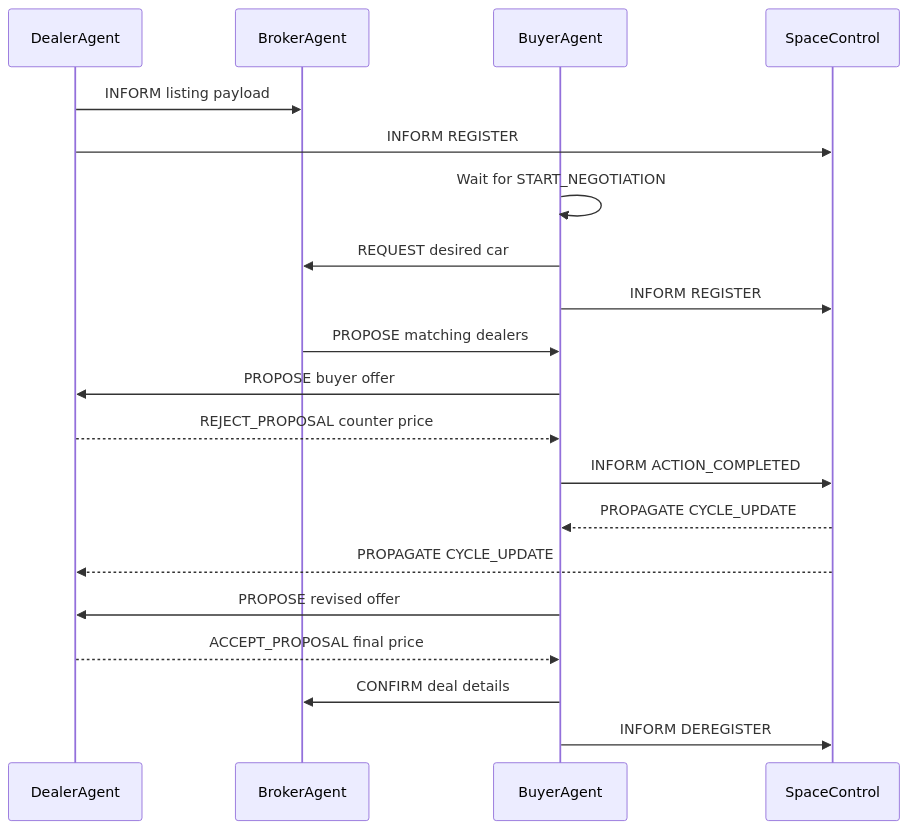
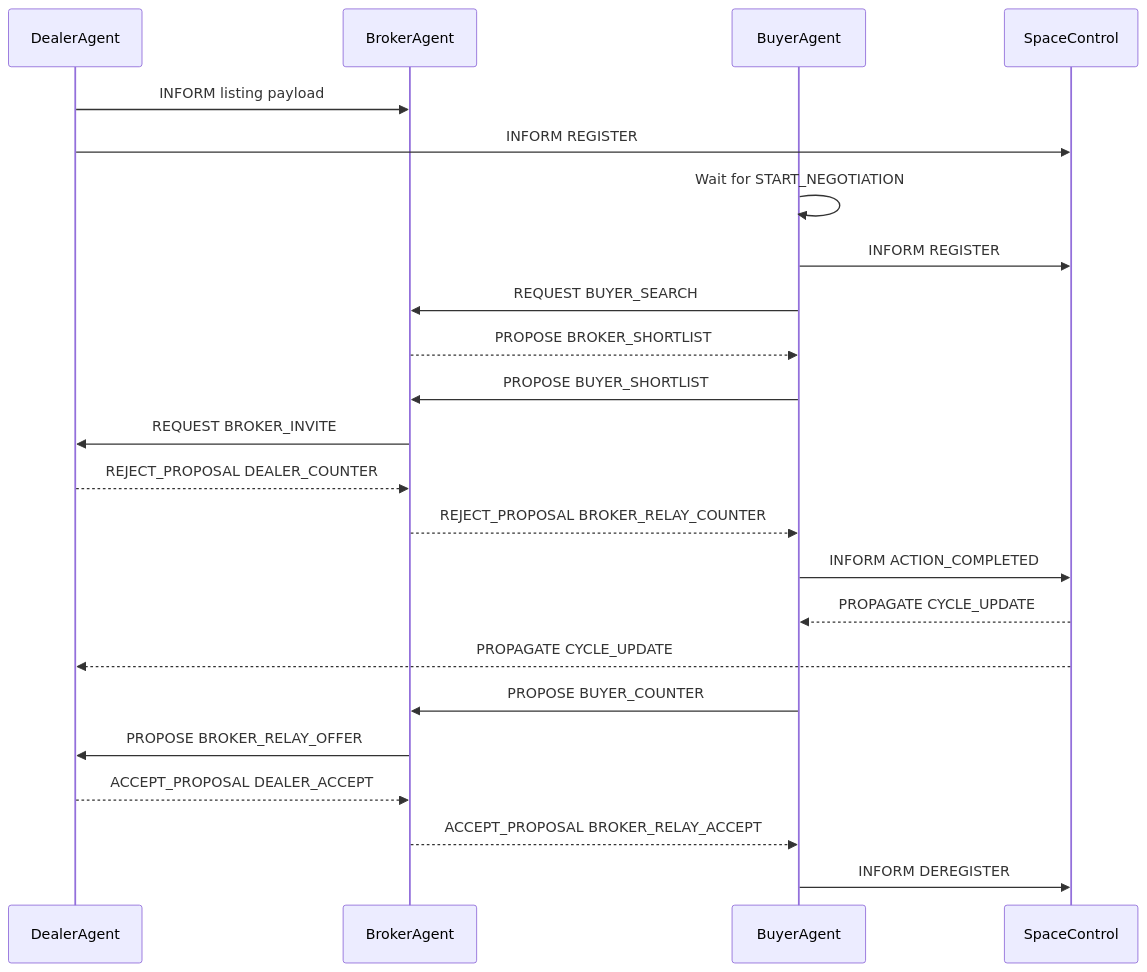
One commit to MiyukiVigil/COS30018-Assignment changed the second of 4 diagrams in readme.md. Above: the diagram before and after it, drawn with Mermaid. The commit also changed other lines of this file and 12 other files, not shown here.

````diff
--- a/readme.md
+++ b/readme.md
@@ -313,23 +321,26 @@
 ```mermaid
 sequenceDiagram
     participant D as DealerAgent
     participant B as BrokerAgent
     participant U as BuyerAgent
     participant S as SpaceControl
 
     D->>B: INFORM listing payload
     D->>S: INFORM REGISTER
     U->>U: Wait for START_NEGOTIATION
-    U->>B: REQUEST desired car
     U->>S: INFORM REGISTER
-    B->>U: PROPOSE matching dealers
-    U->>D: PROPOSE buyer offer
-    D-->>U: REJECT_PROPOSAL counter price
+    U->>B: REQUEST BUYER_SEARCH
+    B-->>U: PROPOSE BROKER_SHORTLIST
+    U->>B: PROPOSE BUYER_SHORTLIST
+    B->>D: REQUEST BROKER_INVITE
+    D-->>B: REJECT_PROPOSAL DEALER_COUNTER
+    B-->>U: REJECT_PROPOSAL BROKER_RELAY_COUNTER
     U->>S: INFORM ACTION_COMPLETED
     S-->>U: PROPAGATE CYCLE_UPDATE
     S-->>D: PROPAGATE CYCLE_UPDATE
-    U->>D: PROPOSE revised offer
-    D-->>U: ACCEPT_PROPOSAL final price
-    U->>B: CONFIRM deal details
+    U->>B: PROPOSE BUYER_COUNTER
+    B->>D: PROPOSE BROKER_RELAY_OFFER
+    D-->>B: ACCEPT_PROPOSAL DEALER_ACCEPT
+    B-->>U: ACCEPT_PROPOSAL BROKER_RELAY_ACCEPT
     U->>S: INFORM DEREGISTER
 ```
````
